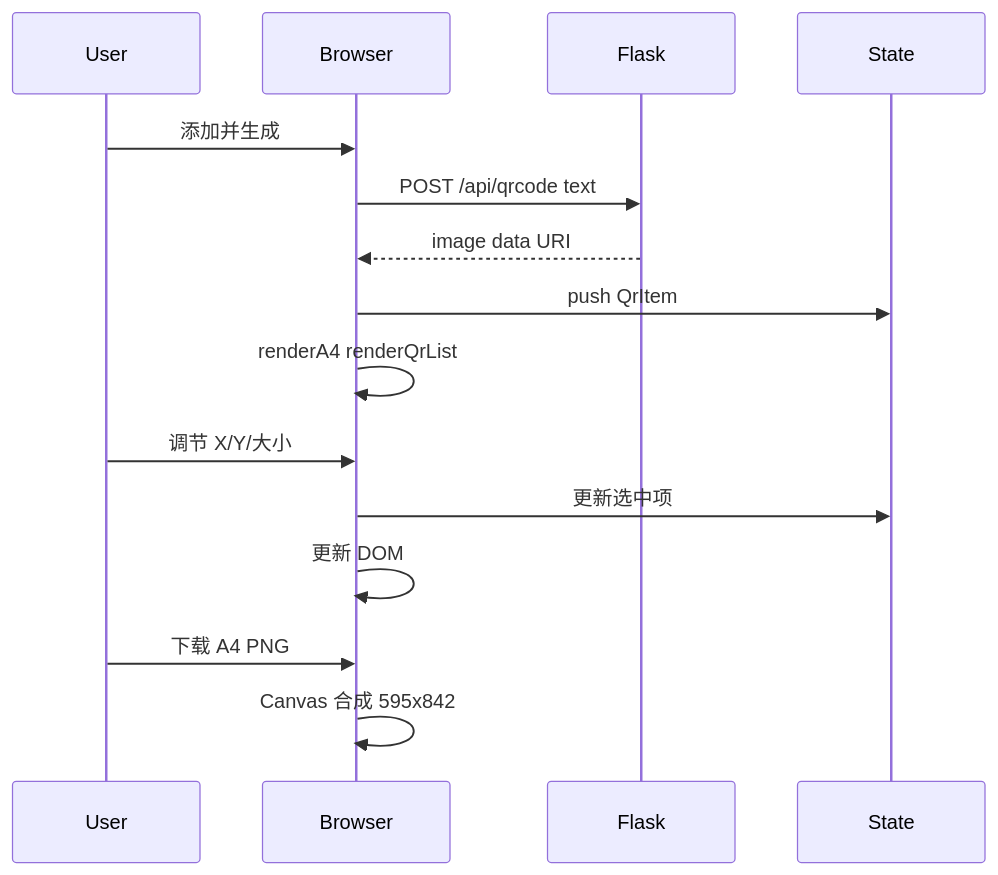
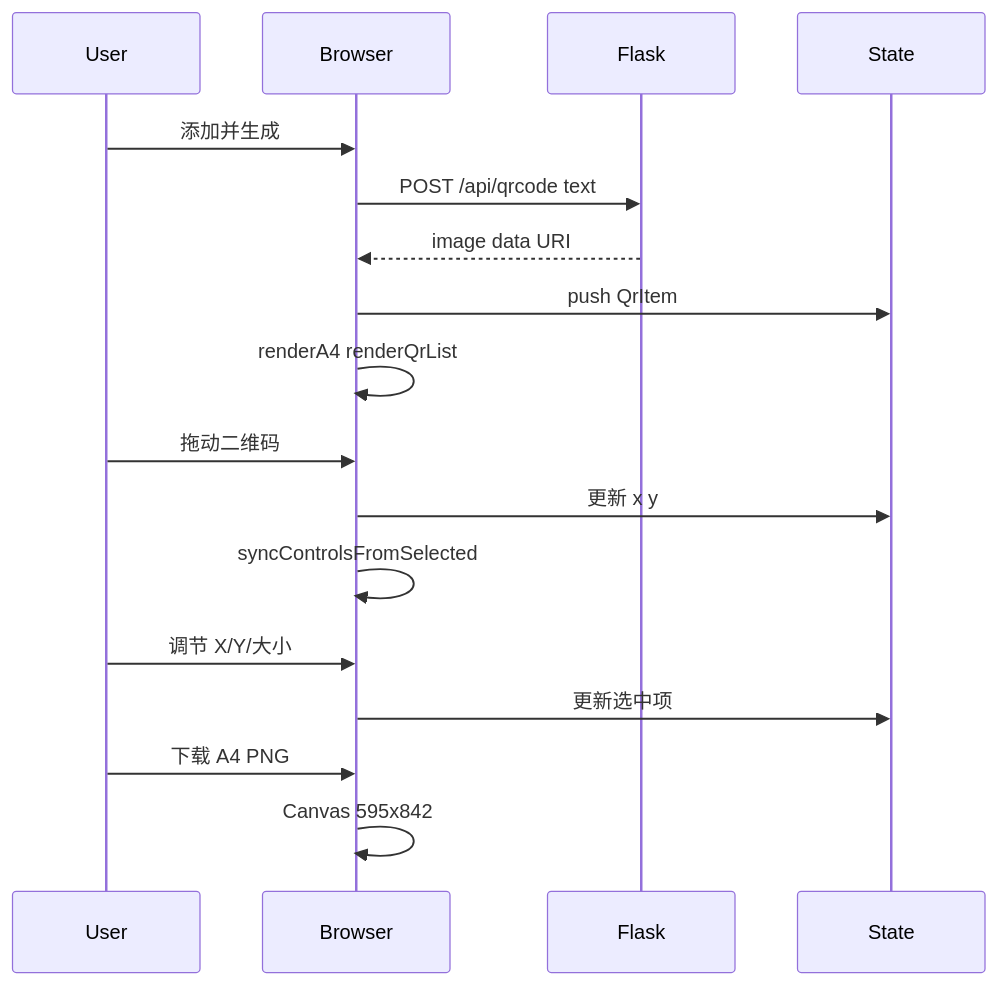
The second of 2 diagrams in README.md (Ora-Sagugu/QR-Paper-Studio), drawn with Mermaid before and after one commit. The commit also changed other lines of this file and 4 other files, not shown here.

````diff
--- a/README.md
+++ b/README.md
@@ -106,18 +81,20 @@
 ```mermaid
 sequenceDiagram
     participant User
     participant Browser
     participant Flask
     participant State
 
     User->>Browser: 添加并生成
     Browser->>Flask: POST /api/qrcode text
     Flask-->>Browser: image data URI
     Browser->>State: push QrItem
     Browser->>Browser: renderA4 renderQrList
+    User->>Browser: 拖动二维码
+    Browser->>State: 更新 x y
+    Browser->>Browser: syncControlsFromSelected
     User->>Browser: 调节 X/Y/大小
     Browser->>State: 更新选中项
-    Browser->>Browser: 更新 DOM
     User->>Browser: 下载 A4 PNG
-    Browser->>Browser: Canvas 合成 595x842
+    Browser->>Browser: Canvas 595x842
 ```
````
